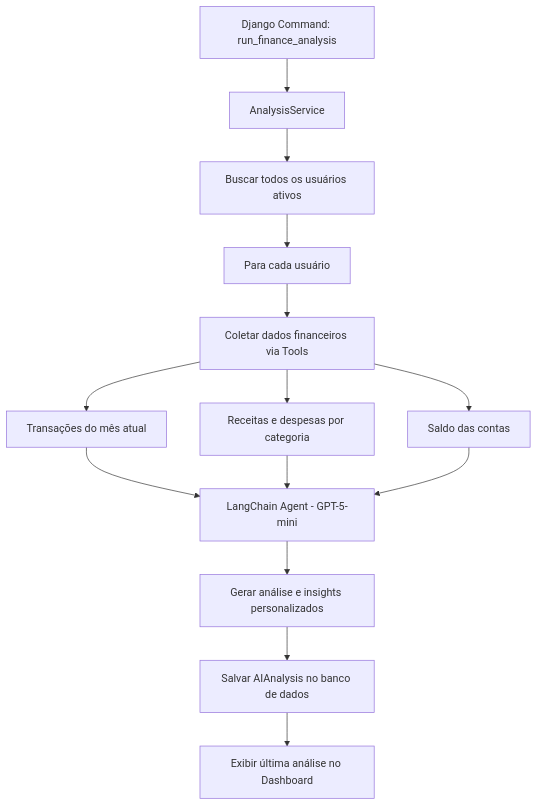
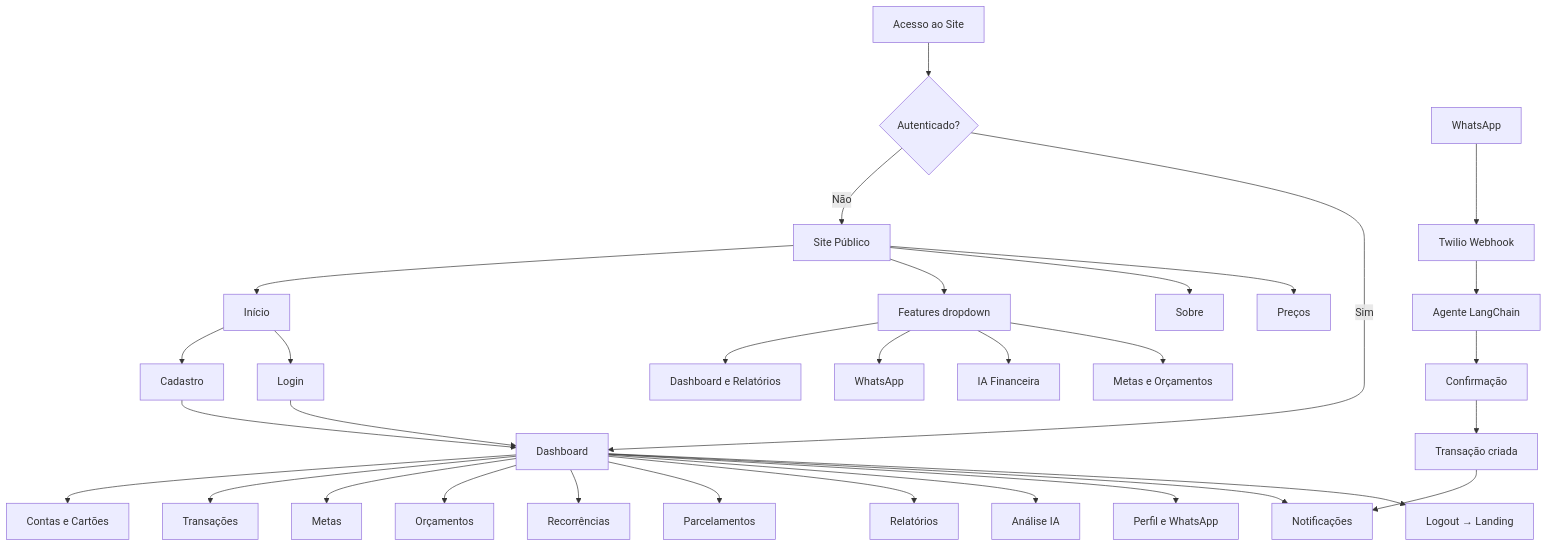
Before and after one commit to yagosamu/finanpy: the second of 2 diagrams in PRD.md, drawn with Mermaid. The commit also changed other lines of this file and 20 other files, not shown here.

````diff
--- a/PRD.md
+++ b/PRD.md
@@ -891,14 +516,36 @@
 ```mermaid
 flowchart TD
-    A[Django Command: run_finance_analysis] --> B[AnalysisService]
-    B --> C[Buscar todos os usuários ativos]
-    C --> D[Para cada usuário]
-    D --> E[Coletar dados financeiros via Tools]
-    E --> F[Transações do mês atual]
-    E --> G[Receitas e despesas por categoria]
-    E --> H[Saldo das contas]
-    F & G & H --> I[LangChain Agent - GPT-5-mini]
-    I --> J[Gerar análise e insights personalizados]
-    J --> K[Salvar AIAnalysis no banco de dados]
-    K --> L[Exibir última análise no Dashboard]
+    A[Acesso ao Site] --> B{Autenticado?}
+    B -->|Não| C[Site Público]
+    B -->|Sim| D[Dashboard]
+
+    C --> C1[Início]
+    C --> C2[Features dropdown]
+    C --> C3[Sobre]
+    C --> C4[Preços]
+    C2 --> C2a[Dashboard e Relatórios]
+    C2 --> C2b[WhatsApp]
+    C2 --> C2c[IA Financeira]
+    C2 --> C2d[Metas e Orçamentos]
+
+    C1 --> E[Cadastro] --> D
+    C1 --> F[Login] --> D
+
+    D --> DA[Contas e Cartões]
+    D --> DB[Transações]
+    D --> DC[Metas]
+    D --> DD[Orçamentos]
+    D --> DE[Recorrências]
+    D --> DF[Parcelamentos]
+    D --> DG[Relatórios]
+    D --> DH[Análise IA]
+    D --> DI[Perfil e WhatsApp]
+    D --> DJ[Notificações]
+    D --> Logout[Logout → Landing]
+
+    WA[WhatsApp] --> WB[Twilio Webhook]
+    WB --> WC[Agente LangChain]
+    WC --> WD[Confirmação]
+    WD --> WE[Transação criada]
+    WE --> DJ
 ```
````
